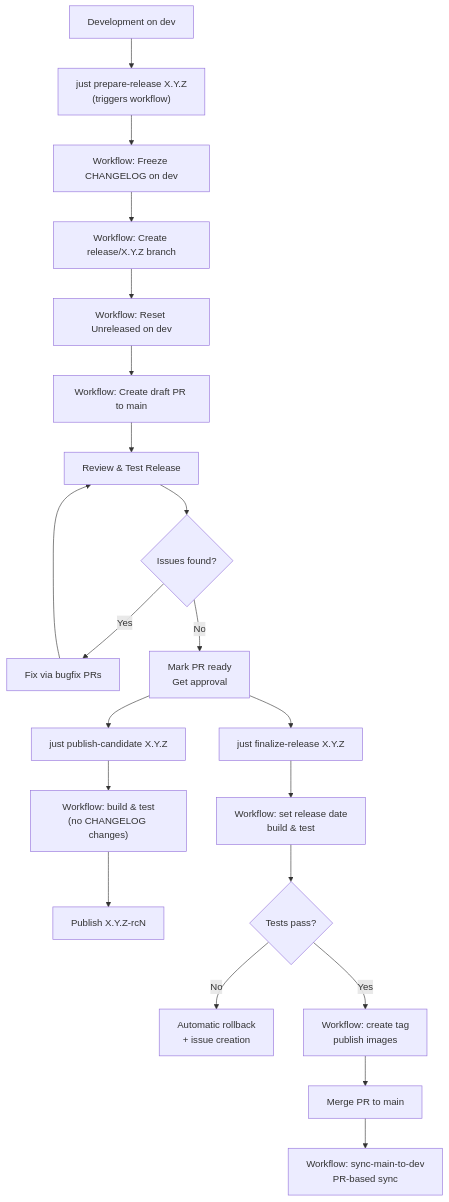
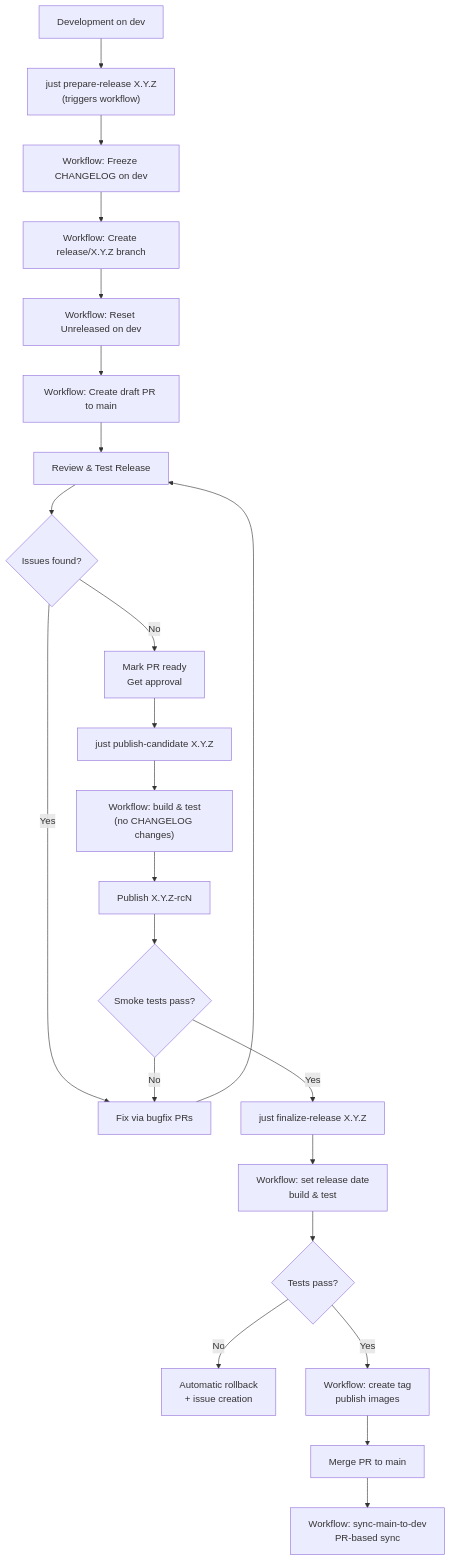
One commit to vig-os/devcontainer changed the second of 2 diagrams in docs/RELEASE_CYCLE.md. Above: the diagram before and after it, drawn with Mermaid. The commit also changed other lines of this file and 2 other files, not shown here.

First line of the commit message:
feat(ci): wire RC smoke-test dispatch and gate docs

````diff
--- a/docs/RELEASE_CYCLE.md
+++ b/docs/RELEASE_CYCLE.md
@@ -106,23 +106,25 @@
 ```mermaid
 graph TB
     A["Development on dev"] --> B["just prepare-release X.Y.Z<br/>(triggers workflow)"]
     B --> C["Workflow: Freeze CHANGELOG on dev"]
     C --> D["Workflow: Create release/X.Y.Z branch"]
     D --> E["Workflow: Reset Unreleased on dev"]
     E --> F["Workflow: Create draft PR to main"]
     F --> G["Review & Test Release"]
     G --> H{Issues found?}
     H -->|Yes| I["Fix via bugfix PRs"]
     I --> G
     H -->|No| J["Mark PR ready<br/>Get approval"]
     J --> K["just publish-candidate X.Y.Z"]
     K --> L["Workflow: build & test<br/>(no CHANGELOG changes)"]
     L --> M["Publish X.Y.Z-rcN"]
-    J --> N["just finalize-release X.Y.Z"]
+    M --> U{Smoke tests pass?}
+    U -->|No| I
+    U -->|Yes| N["just finalize-release X.Y.Z"]
     N --> O["Workflow: set release date<br/>build & test"]
     O --> P{Tests pass?}
     P -->|No| Q["Automatic rollback<br/>+ issue creation"]
     P -->|Yes| R["Workflow: create tag<br/>publish images"]
     R --> S["Merge PR to main"]
     S --> T["Workflow: sync-main-to-dev<br/>PR-based sync"]
 ```
````
